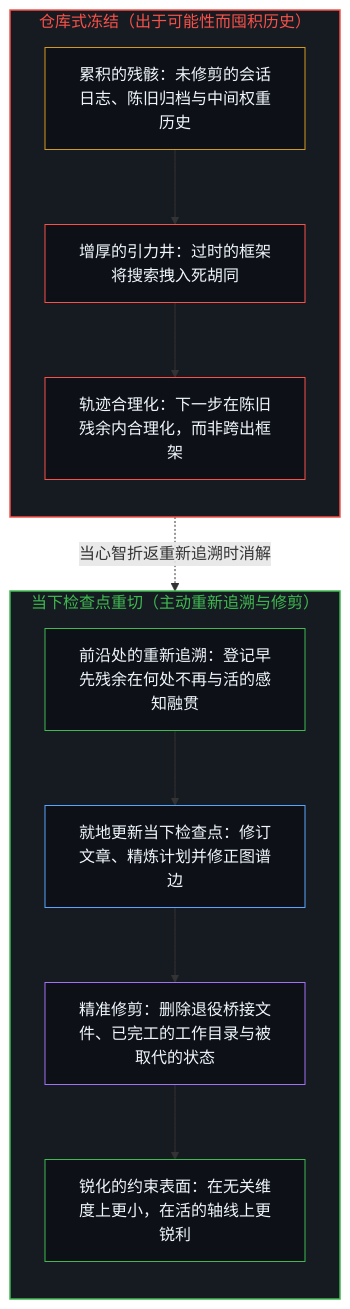
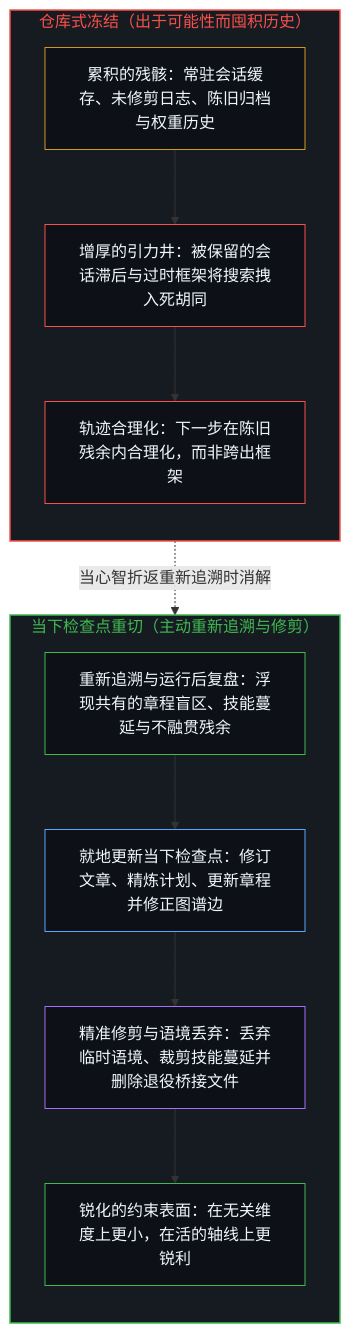
Before and after one commit to powerpig99/not-a-toe: the third of 4 diagrams in content/posts/your-codebase-is-memory.md, drawn with Mermaid. The commit also changed other lines of this file and 5 other files, not shown here.

````diff
--- a/content/posts/your-codebase-is-memory.md
+++ b/content/posts/your-codebase-is-memory.md
@@ -119,28 +119,28 @@
 ```mermaid
 flowchart TD
     subgraph S_Hoard["仓库式冻结（出于可能性而囤积历史）"]
         direction TB
-        Store["累积的残骸：未修剪的会话日志、陈旧归档与中间权重历史"]
-        Gravity["增厚的引力井：过时的框架将搜索拽入死胡同"]
+        Store["累积的残骸：常驻会话缓存、未修剪日志、陈旧归档与权重历史"]
+        Gravity["增厚的引力井：被保留的会话滞后与过时框架将搜索拽入死胡同"]
         Rat["轨迹合理化：下一步在陈旧残余内合理化，而非跨出框架"]
         Store --> Gravity --> Rat
     end
     subgraph S_Checkpoint["当下检查点重切（主动重新追溯与修剪）"]
         direction TB
-        Retrace["前沿处的重新追溯：登记早先残余在何处不再与活的感知融贯"]
-        Recut["就地更新当下检查点：修订文章、精炼计划并修正图谱边"]
-        Prune["精准修剪：删除退役桥接文件、已完工的工作目录与被取代的状态"]
+        Retrace["重新追溯与运行后复盘：浮现共有的章程盲区、技能蔓延与不融贯残余"]
+        Recut["就地更新当下检查点：修订文章、精炼计划、更新章程并修正图谱边"]
+        Prune["精准修剪与语境丢弃：丢弃临时语境、裁剪技能蔓延并删除退役桥接文件"]
         Clean["锐化的约束表面：在无关维度上更小，在活的轴线上更锐利"]
         Retrace --> Recut --> Prune --> Clean
     end
     Rat -.->|"当心智折返重新追溯时消解"| Retrace
     style S_Hoard fill:#161b22,stroke:#f85149,stroke-width:1.5px,color:#f85149
     style S_Checkpoint fill:#161b22,stroke:#3fb950,stroke-width:1.5px,color:#3fb950
     style Store fill:#0d1117,stroke:#d29922,stroke-width:1px,color:#f0f6fc
     style Gravity fill:#0d1117,stroke:#f85149,stroke-width:1px,color:#f0f6fc
     style Rat fill:#0d1117,stroke:#f85149,stroke-width:1px,color:#f0f6fc
     style Retrace fill:#0d1117,stroke:#3fb950,stroke-width:1px,color:#f0f6fc
     style Recut fill:#0d1117,stroke:#58a6ff,stroke-width:1px,color:#f0f6fc
     style Prune fill:#0d1117,stroke:#a371f7,stroke-width:1px,color:#f0f6fc
     style Clean fill:#0d1117,stroke:#3fb950,stroke-width:1px,color:#f0f6fc
 ```
````
